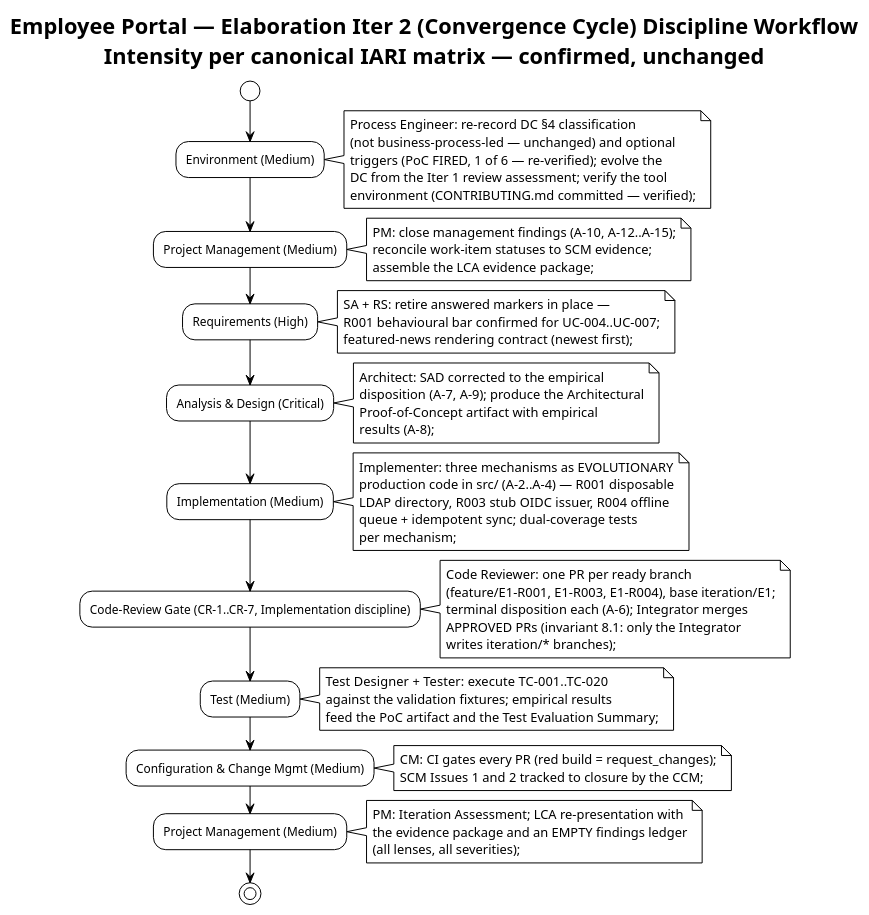
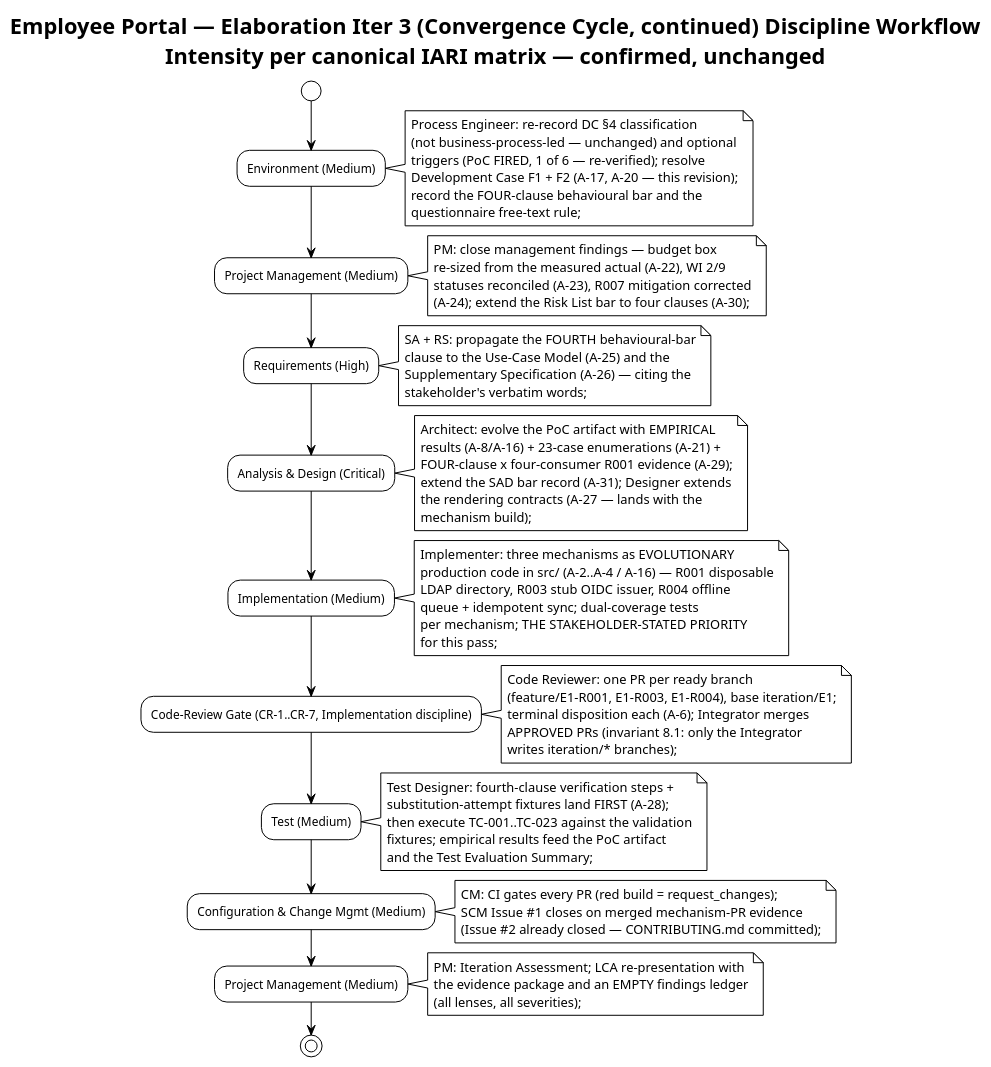
The first of 4 diagrams in docs/artifacts/environment/development-case.md (banense-test/employee-portal), drawn with PlantUML before and after one commit. The commit also changed other lines of this file, not shown here.

First line of the commit message:
Process Engineer [E3]: upsert Development Case

````diff
--- a/docs/artifacts/environment/development-case.md
+++ b/docs/artifacts/environment/development-case.md
@@ -57,27 +57,27 @@
 ```plantuml
 @startuml
 !theme plain
-title Employee Portal — Elaboration Iter 2 (Convergence Cycle) Discipline Workflow\nIntensity per canonical IARI matrix — confirmed, unchanged
+title Employee Portal — Elaboration Iter 3 (Convergence Cycle, continued) Discipline Workflow\nIntensity per canonical IARI matrix — confirmed, unchanged
 
 start
 :Environment (Medium);
-note right: Process Engineer: re-record DC §4 classification\n(not business-process-led — unchanged) and optional\ntriggers (PoC FIRED, 1 of 6 — re-verified); evolve the\nDC from the Iter 1 review assessment; verify the tool\nenvironment (CONTRIBUTING.md committed — verified);
+note right: Process Engineer: re-record DC §4 classification\n(not business-process-led — unchanged) and optional\ntriggers (PoC FIRED, 1 of 6 — re-verified); resolve\nDevelopment Case F1 + F2 (A-17, A-20 — this revision);\nrecord the FOUR-clause behavioural bar and the\nquestionnaire free-text rule;
 :Project Management (Medium);
-note right: PM: close management findings (A-10, A-12..A-15);\nreconcile work-item statuses to SCM evidence;\nassemble the LCA evidence package;
+note right: PM: close management findings — budget box\nre-sized from the measured actual (A-22), WI 2/9\nstatuses reconciled (A-23), R007 mitigation corrected\n(A-24); extend the Risk List bar to four clauses (A-30);
 :Requirements (High);
-note right: SA + RS: retire answered markers in place —\nR001 behavioural bar confirmed for UC-004..UC-007;\nfeatured-news rendering contract (newest first);
+note right: SA + RS: propagate the FOURTH behavioural-bar\nclause to the Use-Case Model (A-25) and the\nSupplementary Specification (A-26) — citing the\nstakeholder's verbatim words;
 :Analysis & Design (Critical);
-note right: Architect: SAD corrected to the empirical\ndisposition (A-7, A-9); produce the Architectural\nProof-of-Concept artifact with empirical\nresults (A-8);
+note right: Architect: evolve the PoC artifact with EMPIRICAL\nresults (A-8/A-16) + 23-case enumerations (A-21) +\nFOUR-clause x four-consumer R001 evidence (A-29);\nextend the SAD bar record (A-31); Designer extends\nthe rendering contracts (A-27 — lands with the\nmechanism build);
 :Implementation (Medium);
-note right: Implementer: three mechanisms as EVOLUTIONARY\nproduction code in src/ (A-2..A-4) — R001 disposable\nLDAP directory, R003 stub OIDC issuer, R004 offline\nqueue + idempotent sync; dual-coverage tests\nper mechanism;
+note right: Implementer: three mechanisms as EVOLUTIONARY\nproduction code in src/ (A-2..A-4 / A-16) — R001 disposable\nLDAP directory, R003 stub OIDC issuer, R004 offline\nqueue + idempotent sync; dual-coverage tests\nper mechanism; THE STAKEHOLDER-STATED PRIORITY\nfor this pass;
 :Code-Review Gate (CR-1..CR-7, Implementation discipline);
 note right: Code Reviewer: one PR per ready branch\n(feature/E1-R001, E1-R003, E1-R004), base iteration/E1;\nterminal disposition each (A-6); Integrator merges\nAPPROVED PRs (invariant 8.1: only the Integrator\nwrites iteration/* branches);
 :Test (Medium);
-note right: Test Designer + Tester: execute TC-001..TC-020\nagainst the validation fixtures; empirical results\nfeed the PoC artifact and the Test Evaluation Summary;
+note right: Test Designer: fourth-clause verification steps +\nsubstitution-attempt fixtures land FIRST (A-28);\nthen execute TC-001..TC-023 against the validation\nfixtures; empirical results feed the PoC artifact\nand the Test Evaluation Summary;
 :Configuration & Change Mgmt (Medium);
-note right: CM: CI gates every PR (red build = request_changes);\nSCM Issues 1 and 2 tracked to closure by the CCM;
+note right: CM: CI gates every PR (red build = request_changes);\nSCM Issue #1 closes on merged mechanism-PR evidence\n(Issue #2 already closed — CONTRIBUTING.md committed);
 :Project Management (Medium);
 note right: PM: Iteration Assessment; LCA re-presentation with\nthe evidence package and an EMPTY findings ledger\n(all lenses, all severities);
 stop
 @enduml
 ```
````
